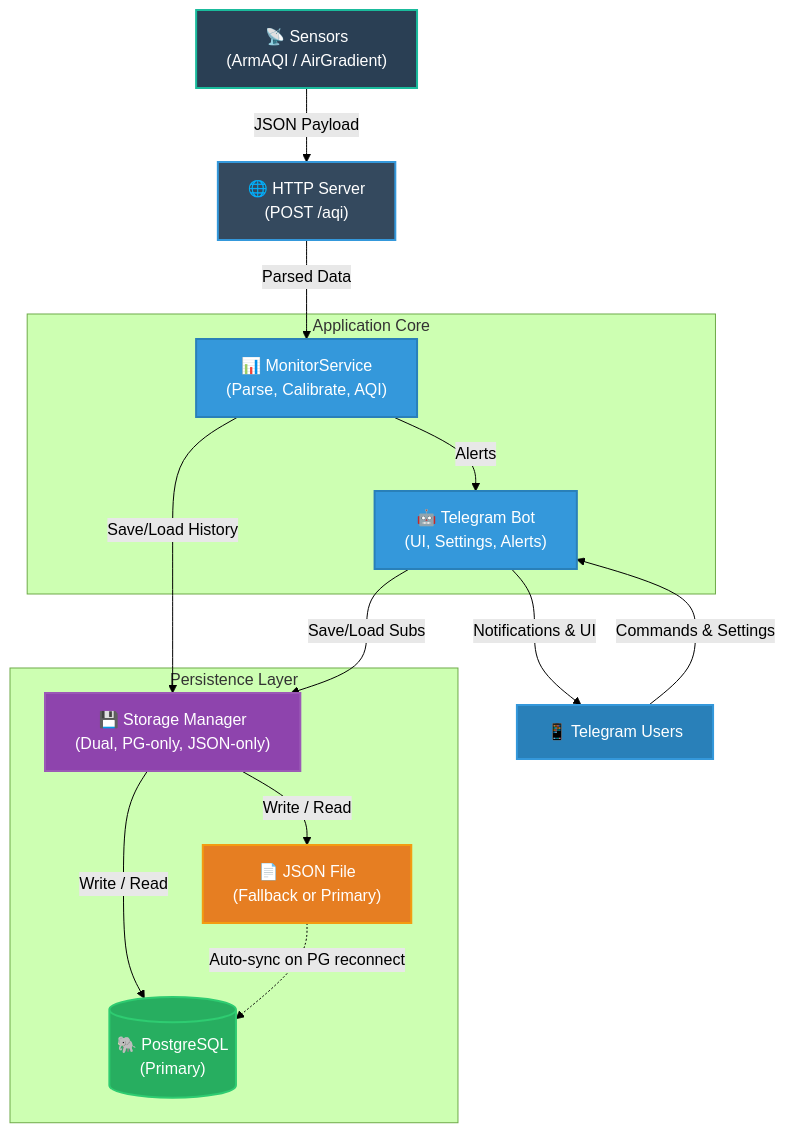
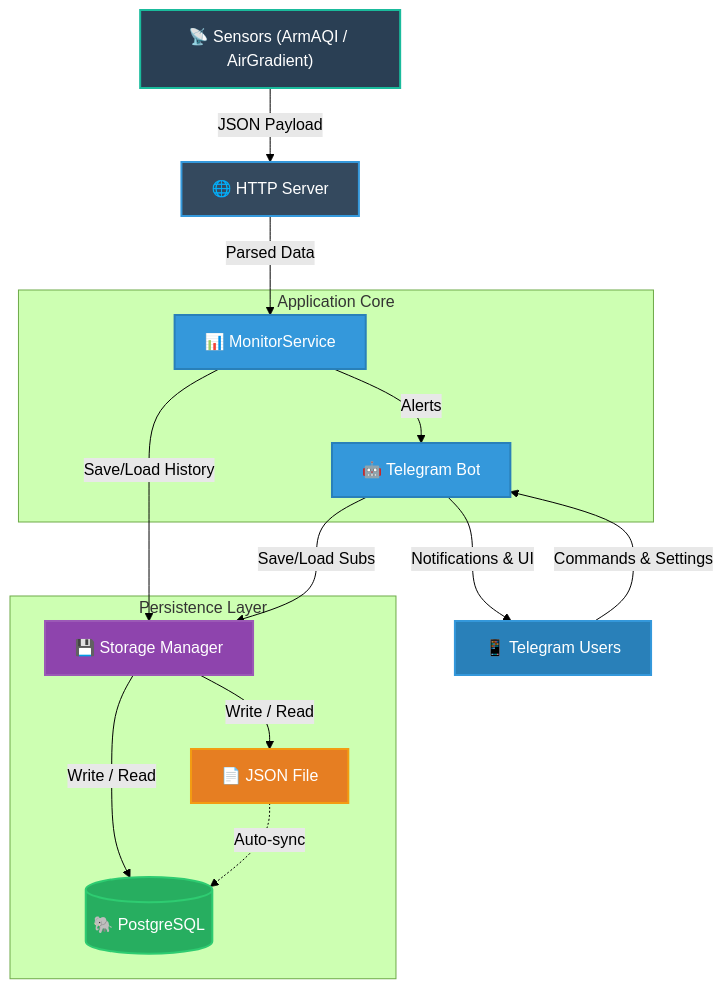
Before and after one commit to ABespalov/aqinotifier: the diagram in README.md, drawn with Mermaid (forest theme). The commit also changed 1 other file, not shown here.

Commit message:
docs: fix mermaid diagram rendering on GitHub

````diff
--- a/README.md
+++ b/README.md
@@ -65,43 +65,43 @@
 ```mermaid
 flowchart TD
     %% Define styles
     classDef device fill:#2A3F54,stroke:#1ABB9C,stroke-width:2px,color:#fff;
     classDef server fill:#34495E,stroke:#3498DB,stroke-width:2px,color:#fff;
     classDef module fill:#3498DB,stroke:#2980B9,stroke-width:2px,color:#fff;
     classDef storage fill:#8E44AD,stroke:#9B59B6,stroke-width:2px,color:#fff;
     classDef db fill:#27AE60,stroke:#2ECC71,stroke-width:2px,color:#fff;
     classDef file fill:#E67E22,stroke:#F39C12,stroke-width:2px,color:#fff;
     classDef tg fill:#2980B9,stroke:#3498DB,stroke-width:2px,color:#fff;
 
     %% Nodes
-    Sensor["📡 Sensors<br/>(ArmAQI / AirGradient)"]:::device
-    HTTP["🌐 HTTP Server<br/>(POST /aqi)"]:::server
+    Sensor["📡 Sensors (ArmAQI / AirGradient)"]:::device
+    HTTP["🌐 HTTP Server"]:::server
     
     subgraph Core ["Application Core"]
-        Monitor["📊 MonitorService<br/>(Parse, Calibrate, AQI)"]:::module
-        Bot["🤖 Telegram Bot<br/>(UI, Settings, Alerts)"]:::module
+        Monitor["📊 MonitorService"]:::module
+        Bot["🤖 Telegram Bot"]:::module
     end
     
     subgraph Persistence ["Persistence Layer"]
-        Storage["💾 Storage Manager<br/>(Dual, PG-only, JSON-only)"]:::storage
-        PG[("🐘 PostgreSQL<br/>(Primary)")]:::db
-        JSON["📄 JSON File<br/>(Fallback or Primary)"]:::file
+        Storage["💾 Storage Manager"]:::storage
+        PG[("🐘 PostgreSQL")]:::db
+        JSON["📄 JSON File"]:::file
     end
     
     TG["📱 Telegram Users"]:::tg
 
     %% Connections
-    Sensor -- "JSON Payload" --> HTTP
-    HTTP -- "Parsed Data" --> Monitor
-    Monitor -- "Alerts" --> Bot
+    Sensor -->|JSON Payload| HTTP
+    HTTP -->|Parsed Data| Monitor
+    Monitor -->|Alerts| Bot
     
-    Monitor -- "Save/Load History" --> Storage
-    Bot -- "Save/Load Subs" --> Storage
+    Monitor -->|Save/Load History| Storage
+    Bot -->|Save/Load Subs| Storage
     
-    Storage -- "Write / Read" --> PG
-    Storage -- "Write / Read" --> JSON
-    JSON -. "Auto-sync on PG reconnect" .-> PG
+    Storage -->|Write / Read| PG
+    Storage -->|Write / Read| JSON
+    JSON -.->|Auto-sync| PG
     
-    Bot -- "Notifications & UI" --> TG
-    TG -- "Commands & Settings" --> Bot
+    Bot -->|Notifications & UI| TG
+    TG -->|Commands & Settings| Bot
 ```
````
